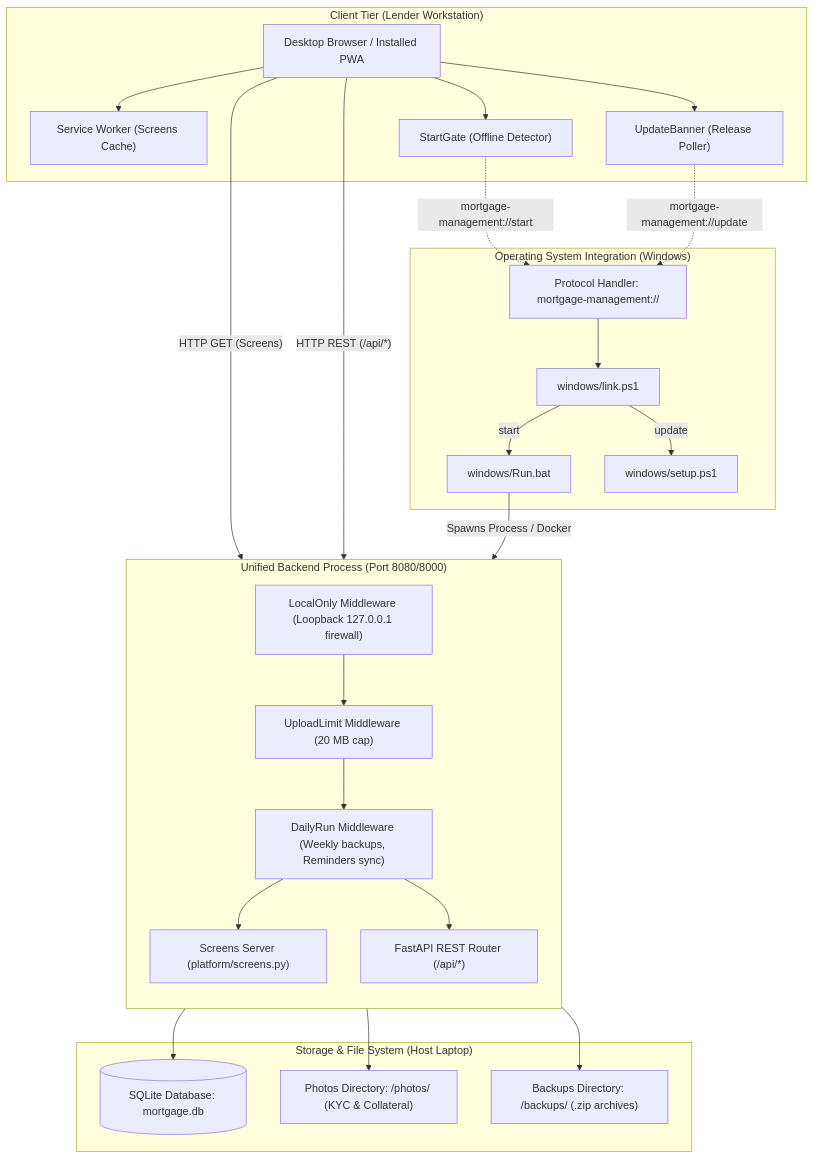
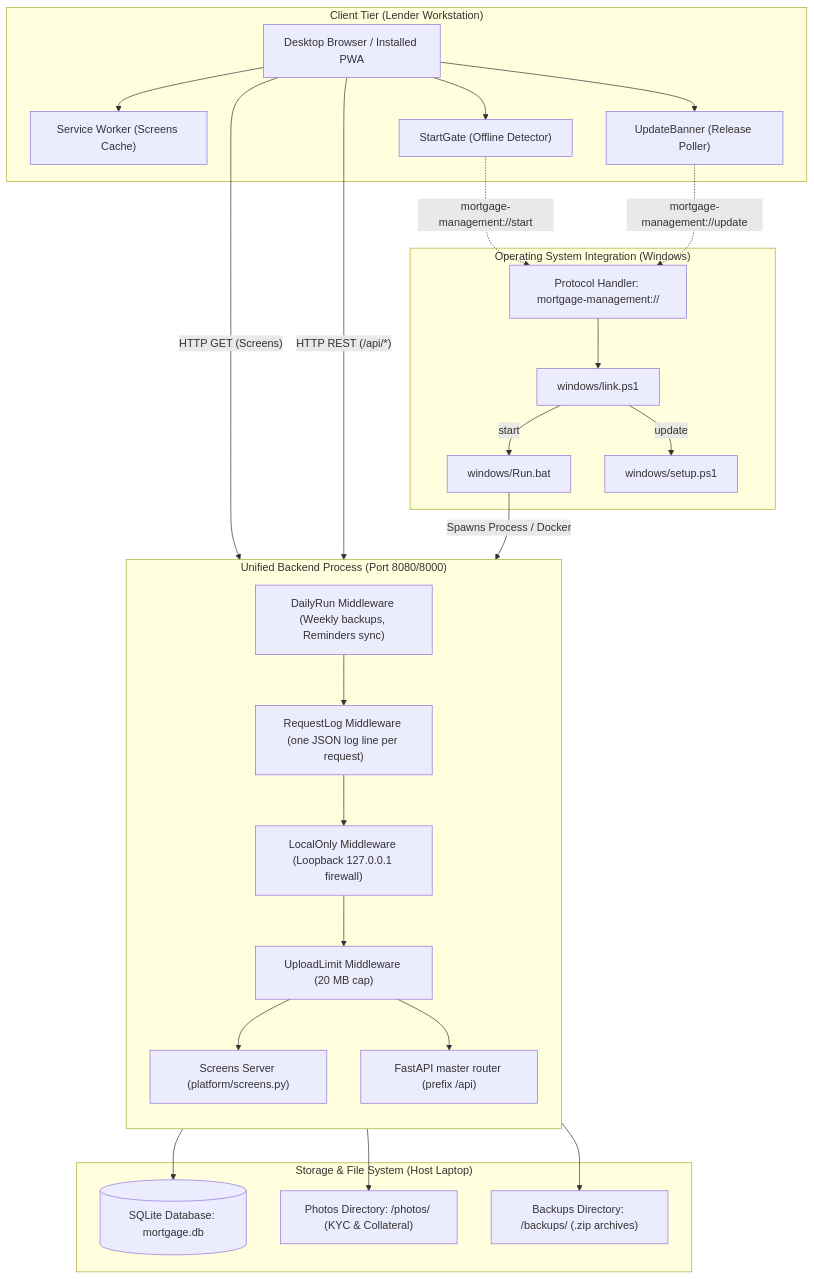
Before and after one commit to krucx/Mortgage-Management-App: the first of 6 diagrams in Documentation/ARCHITECTURE.md, drawn with Mermaid. The commit also changed other lines of this file and 8 other files, not shown here.

````diff
--- a/Documentation/ARCHITECTURE.md
+++ b/Documentation/ARCHITECTURE.md
@@ -31,50 +31,51 @@
 ```mermaid
 flowchart TD
     subgraph Client["Client Tier (Lender Workstation)"]
         Browser["Desktop Browser / Installed PWA"]
         SW["Service Worker (Screens Cache)"]
         StartGate["StartGate (Offline Detector)"]
         UpdateBanner["UpdateBanner (Release Poller)"]
         Browser --> SW
         Browser --> StartGate
         Browser --> UpdateBanner
     end
 
     subgraph OSBridge["Operating System Integration (Windows)"]
         Protocol["Protocol Handler: mortgage-management://"]
         LinkScript["windows/link.ps1"]
         Launcher["windows/Run.bat"]
         SetupScript["windows/setup.ps1"]
         StartGate -.->|"mortgage-management://start"| Protocol
         UpdateBanner -.->|"mortgage-management://update"| Protocol
         Protocol --> LinkScript
         LinkScript -->|"start"| Launcher
         LinkScript -->|"update"| SetupScript
     end
 
     subgraph Server["Unified Backend Process (Port 8080/8000)"]
         direction TB
+        DailyRun["DailyRun Middleware (Weekly backups, Reminders sync)"]
+        RequestLog["RequestLog Middleware (one JSON log line per request)"]
         LocalOnly["LocalOnly Middleware (Loopback 127.0.0.1 firewall)"]
         UploadLimit["UploadLimit Middleware (20 MB cap)"]
-        DailyRun["DailyRun Middleware (Weekly backups, Reminders sync)"]
         ScreensServer["Screens Server (platform/screens.py)"]
-        FastAPIApp["FastAPI REST Router (/api/*)"]
+        FastAPIApp["FastAPI master router (prefix /api)"]
 
-        LocalOnly --> UploadLimit --> DailyRun
-        DailyRun --> ScreensServer
-        DailyRun --> FastAPIApp
+        DailyRun --> RequestLog --> LocalOnly --> UploadLimit
+        UploadLimit --> ScreensServer
+        UploadLimit --> FastAPIApp
     end
 
     subgraph Persistence["Storage & File System (Host Laptop)"]
         SQLite[("SQLite Database: mortgage.db")]
         PhotosDir["Photos Directory: /photos/ (KYC & Collateral)"]
         BackupsDir["Backups Directory: /backups/ (.zip archives)"]
     end
 
     Browser -->|"HTTP GET (Screens)"| ScreensServer
     Browser -->|"HTTP REST (/api/*)"| FastAPIApp
     Launcher -->|"Spawns Process / Docker"| Server
     FastAPIApp --> SQLite
     FastAPIApp --> PhotosDir
     FastAPIApp --> BackupsDir
 ```
````
